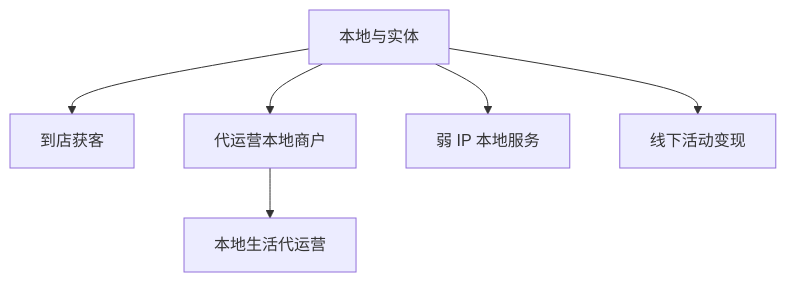
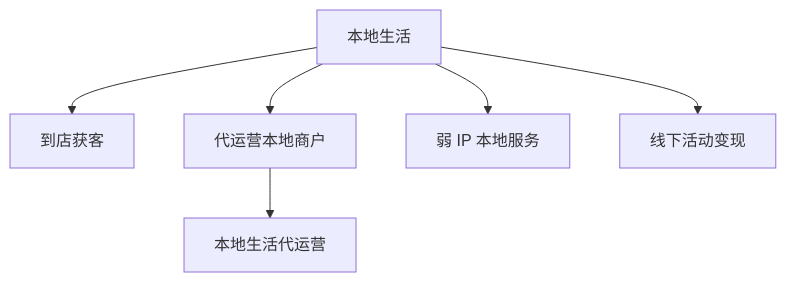
The diagram in playbook/站点/图/local.md (inkwen-dev/leiwen.pro), drawn with Mermaid before and after one commit. The commit also changed other lines of this file and 16 other files, not shown here.

````diff
--- a/playbook/站点/图/local.md
+++ b/playbook/站点/图/local.md
@@ -5,14 +5,14 @@
 ```mermaid
 flowchart TB
-  n1["本地与实体"]
+  n1["本地生活"]
   n2["到店获客"]
   n1 --> n2
   n3["代运营本地商户"]
   n1 --> n3
   n4["本地生活代运营"]
   n3 --> n4
   n5["弱 IP 本地服务"]
   n1 --> n5
   n6["线下活动变现"]
   n1 --> n6
 ```
````
